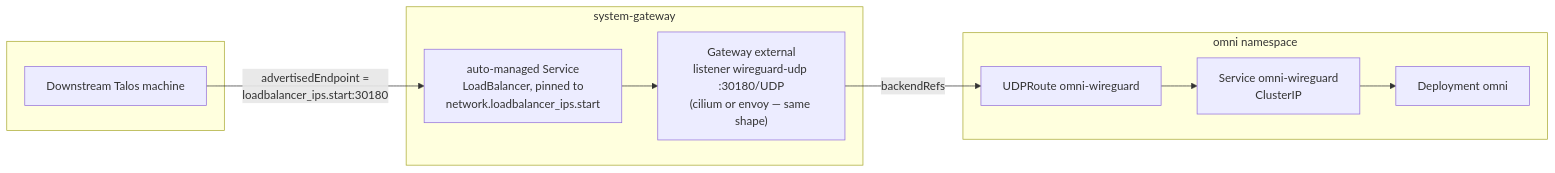
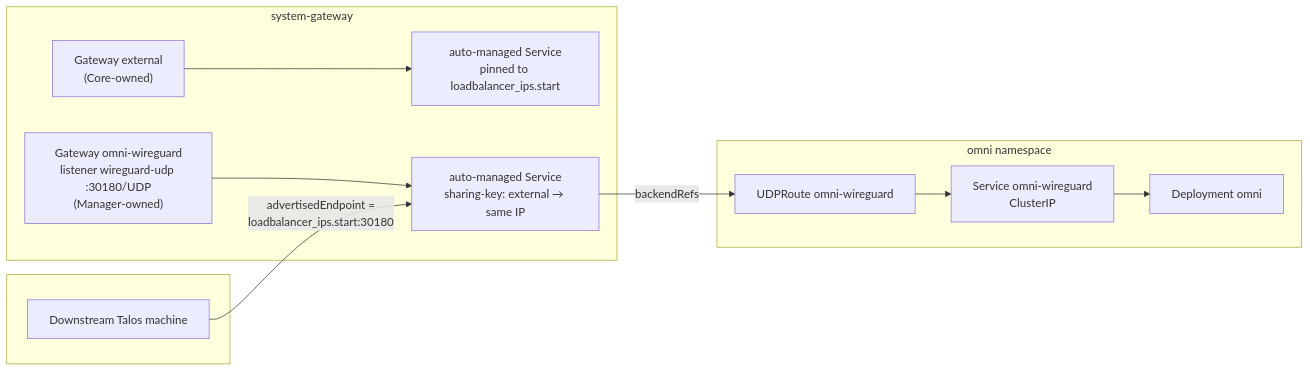
One commit to windsorcli/manager changed the diagram in docs/adr/0005-siderolink-gateway-exposure.md. Above: the diagram before and after it, drawn with Mermaid. The commit also changed other lines of this file and 8 other files, not shown here.

First line of the commit message:
fix(omni): use a dedicated Gateway sharing the IP instead of merging Kustomizations

````diff
--- a/docs/adr/0005-siderolink-gateway-exposure.md
+++ b/docs/adr/0005-siderolink-gateway-exposure.md
@@ -51,16 +42,20 @@
 ```mermaid
 flowchart LR
     subgraph client[" "]
         T[Downstream Talos machine]
     end
     subgraph gw["system-gateway"]
-        L["Gateway external<br/>listener wireguard-udp :30180/UDP<br/>(cilium or envoy — same shape)"]
-        SVC["auto-managed Service<br/>LoadBalancer, pinned to<br/>network.loadbalancer_ips.start"]
+        GE["Gateway external<br/>(Core-owned)"]
+        GW["Gateway omni-wireguard<br/>listener wireguard-udp :30180/UDP<br/>(Manager-owned)"]
+        SVCE["auto-managed Service<br/>pinned to loadbalancer_ips.start"]
+        SVCW["auto-managed Service<br/>sharing-key: external → same IP"]
     end
     subgraph omni["omni namespace"]
         UR["UDPRoute omni-wireguard"]
         OSVC["Service omni-wireguard<br/>ClusterIP"]
         O["Deployment omni"]
     end
-    T -->|"advertisedEndpoint =<br/>loadbalancer_ips.start:30180"| SVC --> L -->|"backendRefs"| UR --> OSVC --> O
+    GE --> SVCE
+    GW --> SVCW
+    T -->|"advertisedEndpoint =<br/>loadbalancer_ips.start:30180"| SVCW -->|"backendRefs"| UR --> OSVC --> O
 ```
````
